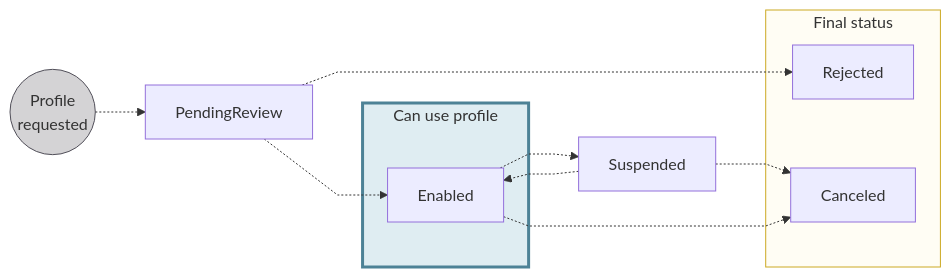
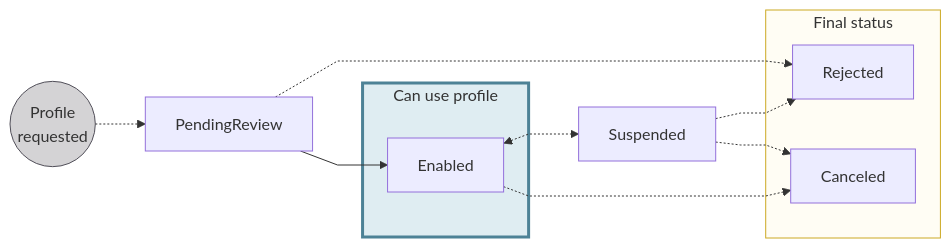
One commit to swan-io/docs changed the first of 2 diagrams in docs/topics/merchants/index.mdx. Above: the diagram before and after it, drawn with Mermaid. The commit also changed other lines of this file and 3 other files, not shown here.

````diff
--- a/docs/topics/merchants/index.mdx
+++ b/docs/topics/merchants/index.mdx
@@ -57,21 +57,21 @@
 ```mermaid
 %%{ init: { 'flowchart': { 'curve': 'linear' } } }%%
 flowchart LR
     MPR((Profile<br/>requested)) -.-> PR[PendingReview]
     PR -.-> R[Rejected]
-    PR -.-> E[Enabled]
-    E -.-> S[Suspended]
-    S -.-> E
+    PR --> E[Enabled]
+    E <-.-> S[Suspended]
     S -.-> CD[Canceled]
     E -.-> CD
+    S -.-> R
     subgraph U[Can use profile]
         E
     end
     subgraph F[Final status]
         CD
         R
     end
     style MPR fill:#D4D3D5,stroke:#514F59
     style F fill:#fffdf4,stroke:#cca922
     style U fill:#dfedf2,stroke:#4d8296, stroke-width:3px
 ```
````
